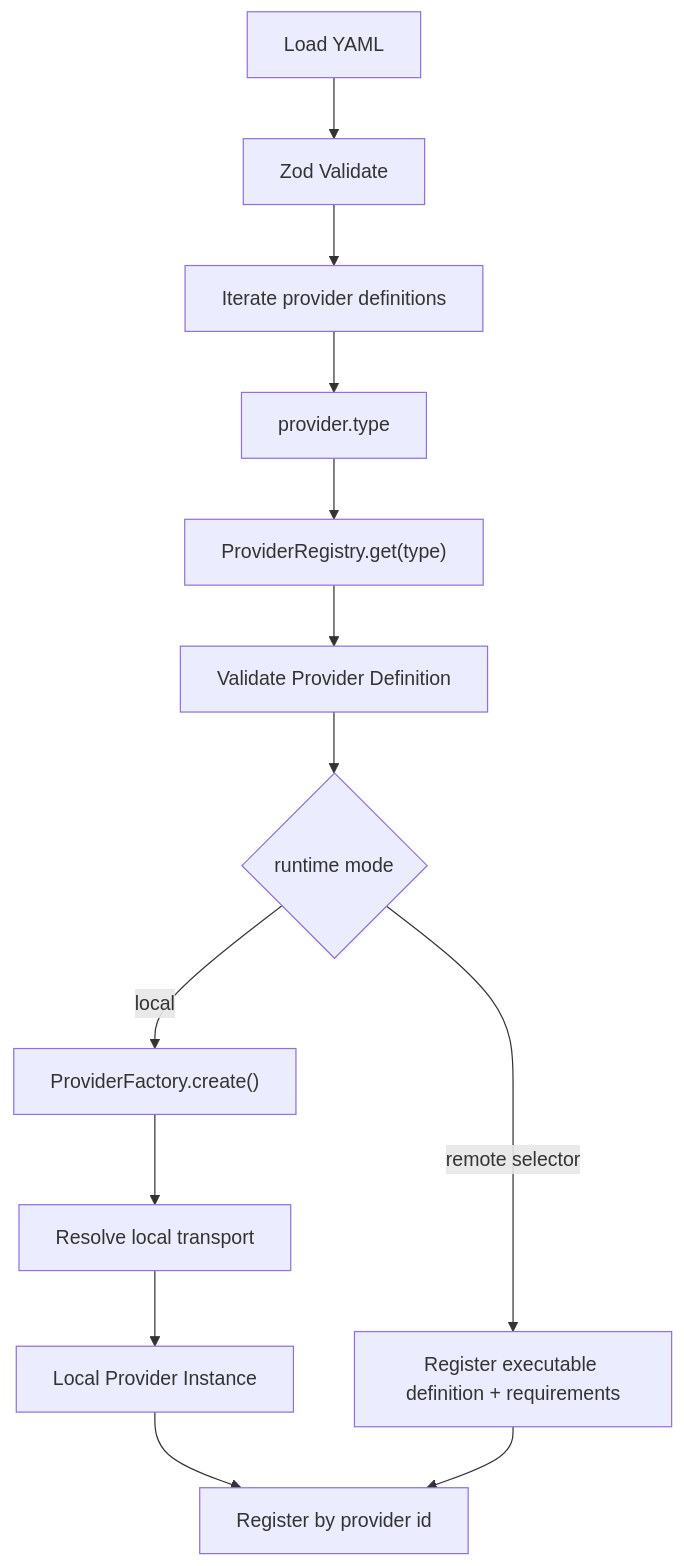
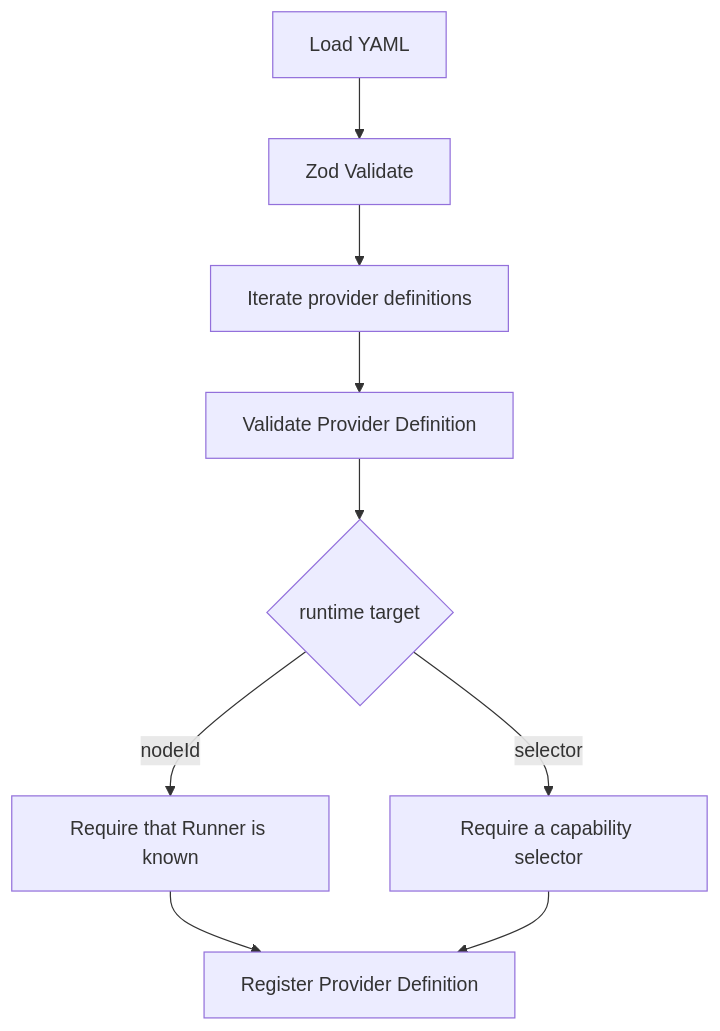
One commit to xuzhen97/Aylens changed the fourth of 24 diagrams in ARCHITECTURE.md. Above: the diagram before and after it, drawn with Mermaid. The commit also changed other lines of this file and 38 other files, not shown here.

Commit message:
refactor: separate gateway provider definitions from runner deployments

````diff
--- a/ARCHITECTURE.md
+++ b/ARCHITECTURE.md
@@ -558,18 +571,13 @@
 ```mermaid
 flowchart TD
     CFG["Load YAML"] --> VALID["Zod Validate"]
     VALID --> PLOOP["Iterate provider definitions"]
-    PLOOP --> TYPE["provider.type"]
-    TYPE --> REG["ProviderRegistry.get(type)"]
-    REG --> DEF["Validate Provider Definition"]
+    PLOOP --> DEF["Validate Provider Definition"]
 
-    DEF --> MODE{"runtime mode"}
-    MODE -->|"local"| FACTORY["ProviderFactory.create()"]
-    FACTORY --> TRANSPORT["Resolve local transport"]
-    TRANSPORT --> INSTANCE["Local Provider Instance"]
+    DEF --> TARGET{"runtime target"}
+    TARGET -->|"nodeId"| PIN["Require that Runner is known"]
+    TARGET -->|"selector"| SEL["Require a capability selector"]
 
-    MODE -->|"remote selector"| REMOTE["Register executable definition + requirements"]
-
-    INSTANCE --> READY["Register by provider id"]
-    REMOTE --> READY
+    PIN --> READY["Register Provider Definition"]
+    SEL --> READY
 ```
````
